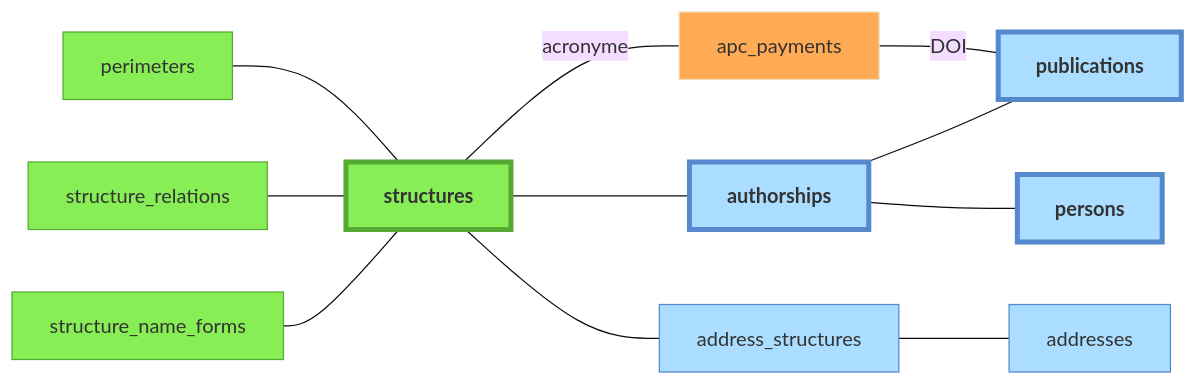
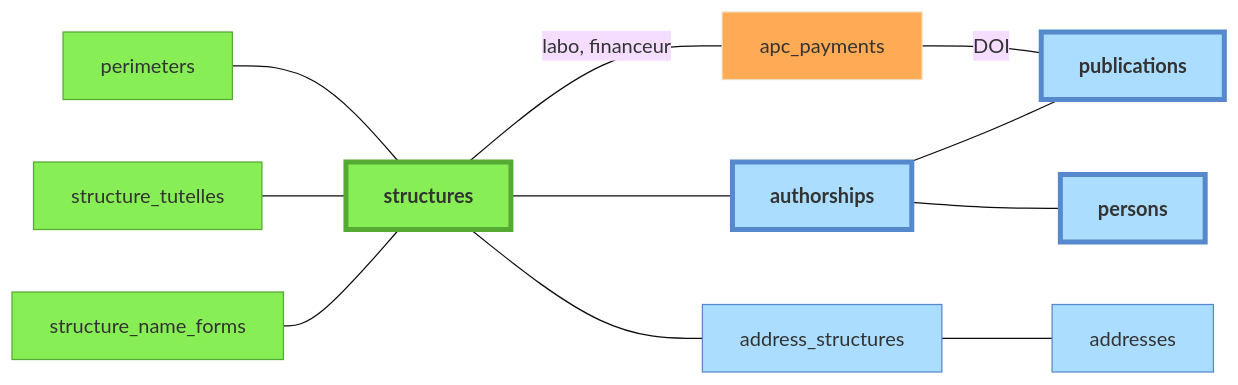
One commit to Y33sha/bibliometrie-uca changed the diagram in docs/donnees/02-structures.md. Above: the diagram before and after it, drawn with Mermaid (base theme). The commit also changed other lines of this file and 43 other files, not shown here.

First line of the commit message:
refactor(structures): réduire les relations aux tutelles

````diff
--- a/docs/donnees/02-structures.md
+++ b/docs/donnees/02-structures.md
@@ -16,22 +16,22 @@
 ```mermaid
 flowchart LR
     structure_name_forms --- structures
-    structure_relations --- structures
+    structure_tutelles --- structures
     perimeters---structures
     structures --- authorships
     authorships --- publications
     authorships --- persons
-    structures ---|acronyme| apc_payments
+    structures ---|labo, financeur| apc_payments
     apc_payments ---|DOI| publications
     structures --- address_structures
     address_structures --- addresses
 
     classDef manuel  fill:#8e5,stroke:#5a3
-    class structures,structure_name_forms,perimeters,structure_relations manuel;
+    class structures,structure_name_forms,perimeters,structure_tutelles manuel;
     classDef csv fill:#fa5
     class apc_payments csv
     classDef auto fill:#adf,stroke:#58c
     class address_structures,addresses,authorships,persons,publications auto
     classDef main stroke-width:4px,font-weight:bold
     class structures,publications,persons,authorships main
 ```
````
